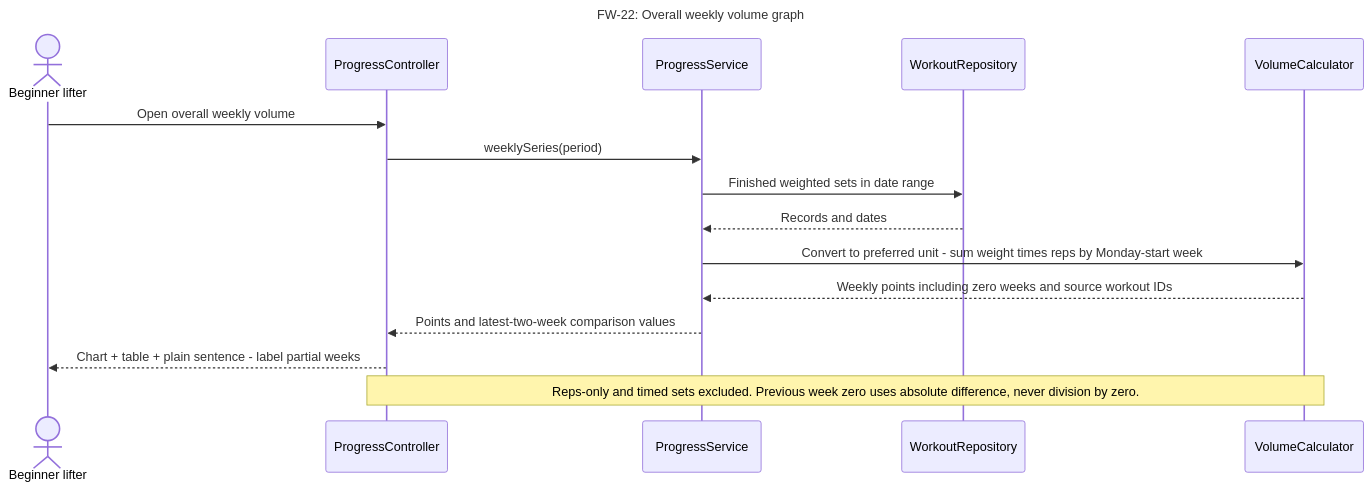
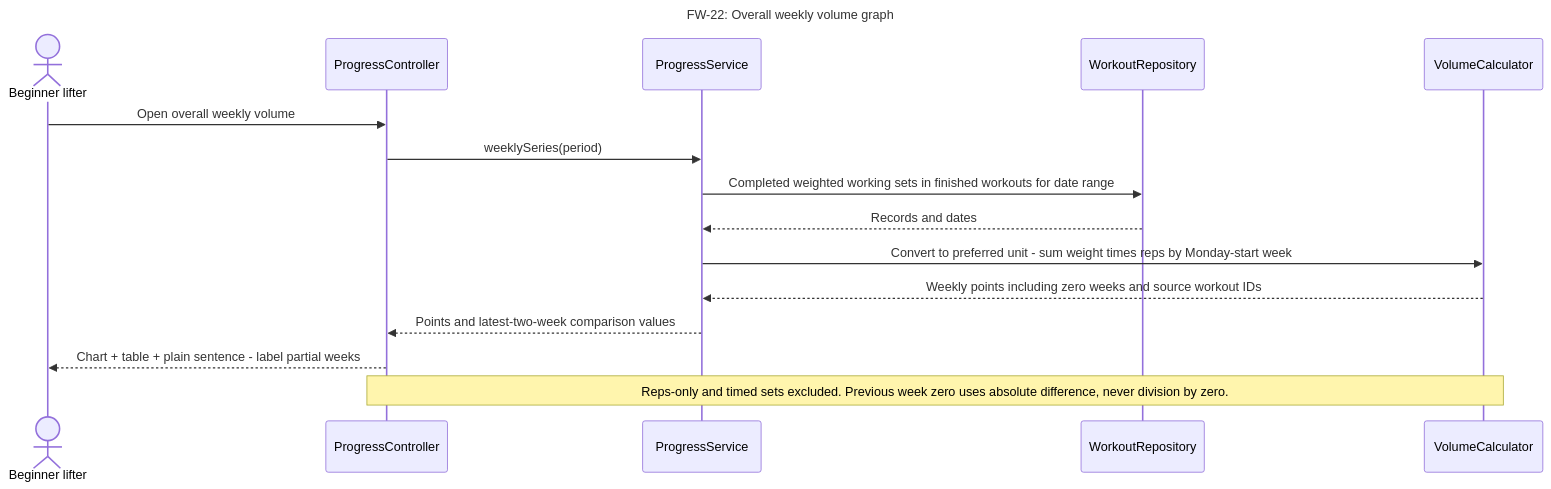
The diagram in docs/part2/design/diagrams/sequence/FW-22.mmd (SebasLopez2005/SWEProject1), drawn with Mermaid before and after one commit. The commit also changed 47 other files, not shown here.

```diff
--- a/docs/part2/design/diagrams/sequence/FW-22.mmd
+++ b/docs/part2/design/diagrams/sequence/FW-22.mmd
@@ -1,16 +1,16 @@
 sequenceDiagram
     title FW-22: Overall weekly volume graph
     actor U as Beginner lifter
     participant C as ProgressController
     participant S as ProgressService
     participant R as WorkoutRepository
     participant V as VolumeCalculator
     U->>C: Open overall weekly volume
     C->>S: weeklySeries(period)
-    S->>R: Finished weighted sets in date range
+    S->>R: Completed weighted working sets in finished workouts for date range
     R-->>S: Records and dates
     S->>V: Convert to preferred unit -  sum weight times reps by Monday-start week
     V-->>S: Weekly points including zero weeks and source workout IDs
     S-->>C: Points and latest-two-week comparison values
     C-->>U: Chart + table + plain sentence -  label partial weeks
     Note over C,V: Reps-only and timed sets excluded. Previous week zero uses absolute difference, never division by zero.
```
